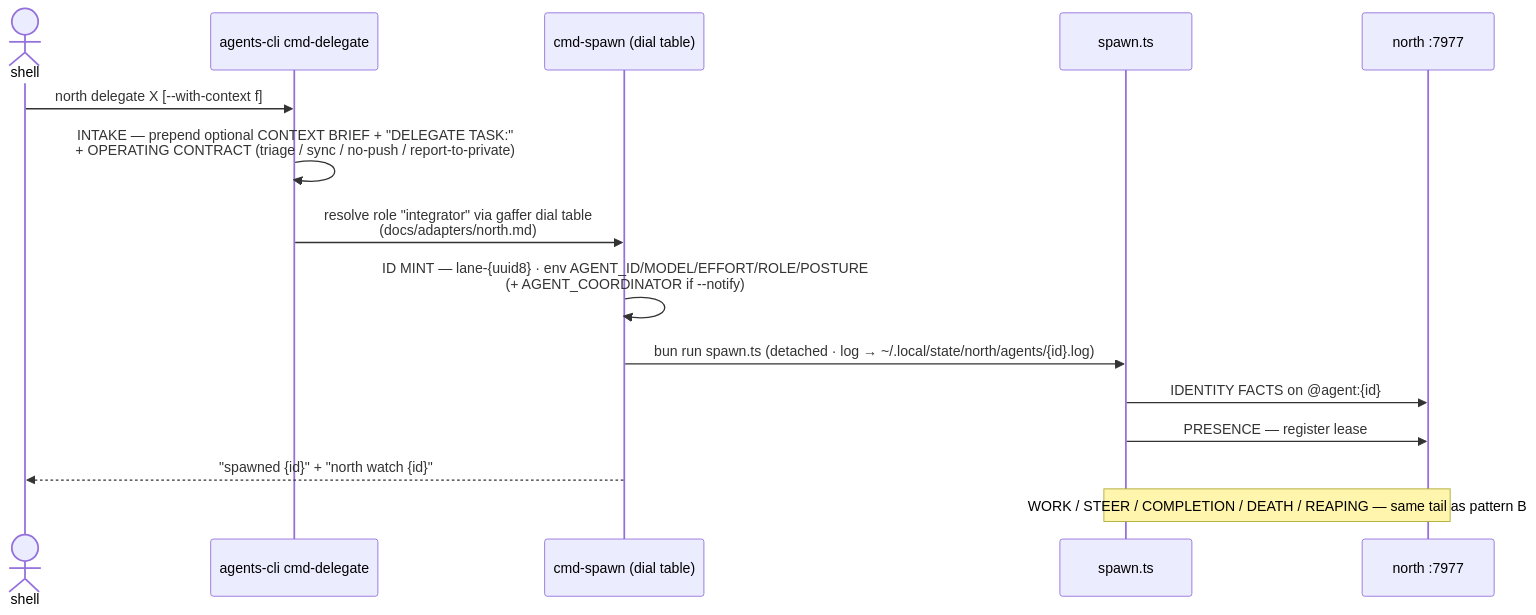
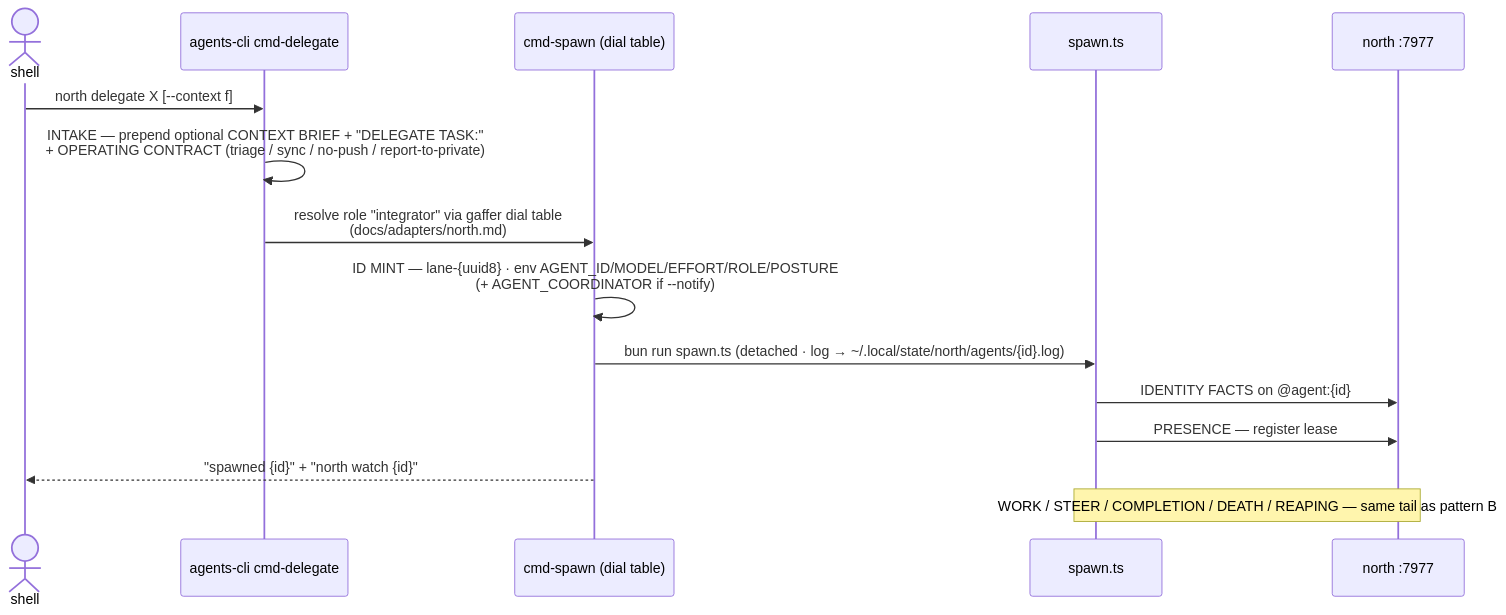
One commit to tompassarelli/firn changed the fifth of 10 diagrams in dotfiles/claude/docs/workflow-map.md. Above: the diagram before and after it, drawn with Mermaid. The commit also changed other lines of this file and 1 other file, not shown here.

Commit message:
delegate final grammar: default carries session, --new = empty context (harness prior)

````diff
--- a/dotfiles/claude/docs/workflow-map.md
+++ b/dotfiles/claude/docs/workflow-map.md
@@ -189,17 +189,17 @@
 ```mermaid
 sequenceDiagram
     actor SH as shell
     participant CLI as agents-cli cmd-delegate
     participant CS as cmd-spawn (dial table)
     participant SP as spawn.ts
     participant T as north :7977
-    SH->>CLI: north delegate X [--with-context f]
+    SH->>CLI: north delegate X [--context f]
     CLI->>CLI: INTAKE — prepend optional CONTEXT BRIEF + "DELEGATE TASK:"<br/>+ OPERATING CONTRACT (triage / sync / no-push / report-to-private)
     CLI->>CS: resolve role "integrator" via gaffer dial table<br/>(docs/adapters/north.md)
     CS->>CS: ID MINT — lane-{uuid8} · env AGENT_ID/MODEL/EFFORT/ROLE/POSTURE<br/>(+ AGENT_COORDINATOR if --notify)
     CS->>SP: bun run spawn.ts (detached · log → ~/.local/state/north/agents/{id}.log)
     SP->>T: IDENTITY FACTS on @agent:{id}
     SP->>T: PRESENCE — register lease
     CS-->>SH: "spawned {id}" + "north watch {id}"
     Note over SP,T: WORK / STEER / COMPLETION / DEATH / REAPING — same tail as pattern B
 ```
````
